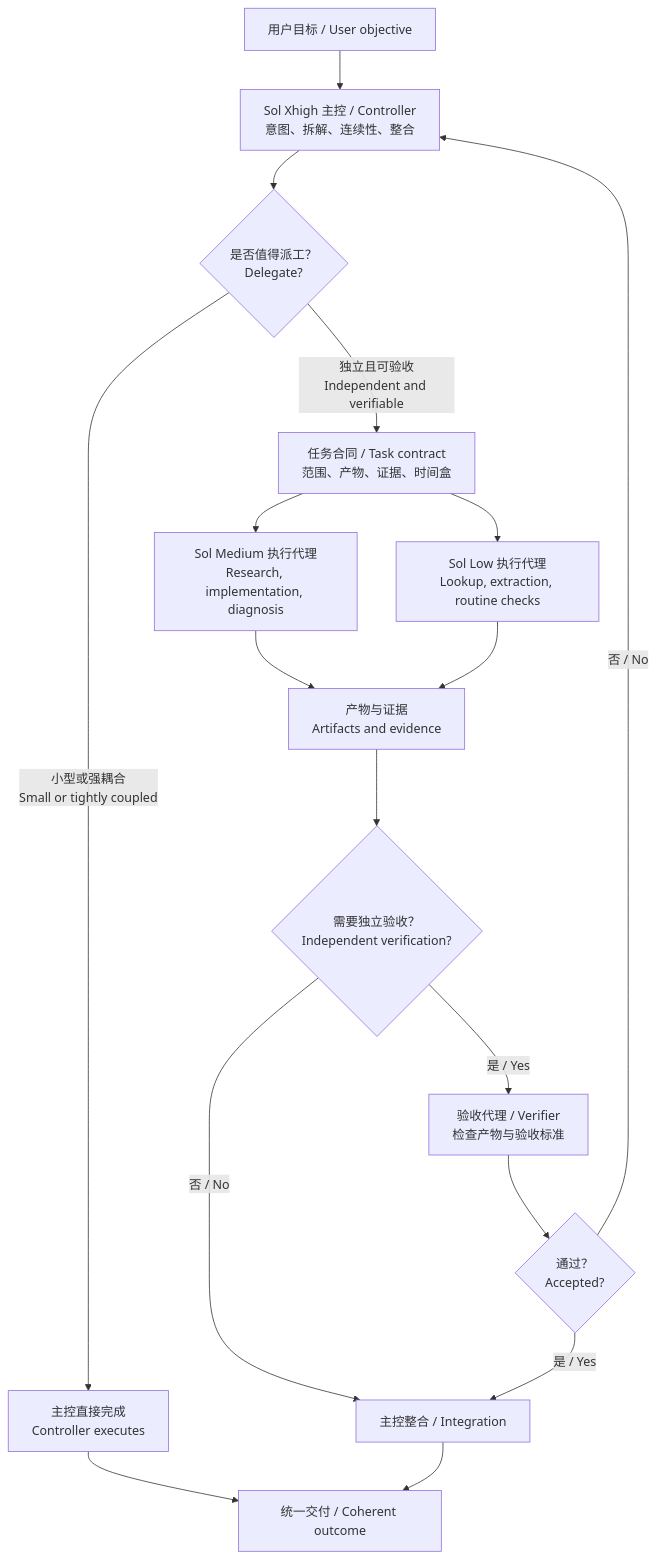
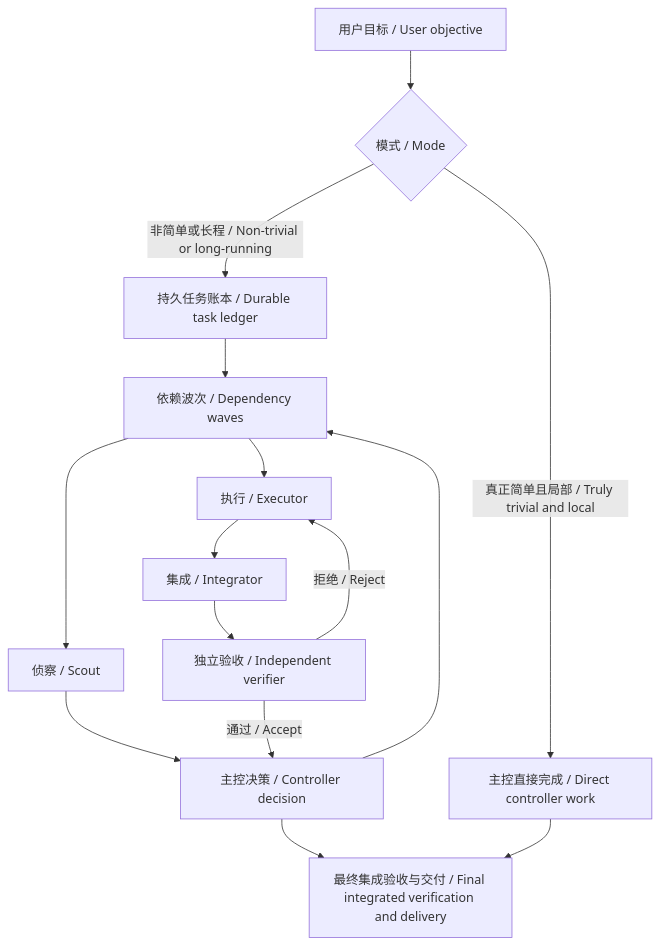
Before and after one commit to Linsongrong/orchestrate-work: the diagram in README.md, drawn with Mermaid. The commit also changed other lines of this file and 4 other files, not shown here.

````diff
--- a/README.md
+++ b/README.md
@@ -5,24 +5,17 @@
 ```mermaid
 flowchart TD
-    U["用户目标 / User objective"] --> C["Sol Xhigh 主控 / Controller<br/>意图、拆解、连续性、整合"]
-    C --> G{"是否值得派工？<br/>Delegate?"}
-
-    G -->|"小型或强耦合<br/>Small or tightly coupled"| D["主控直接完成<br/>Controller executes"]
-    G -->|"独立且可验收<br/>Independent and verifiable"| P["任务合同 / Task contract<br/>范围、产物、证据、时间盒"]
-
-    P --> M["Sol Medium 执行代理<br/>Research, implementation, diagnosis"]
-    P --> L["Sol Low 执行代理<br/>Lookup, extraction, routine checks"]
-
-    M --> E["产物与证据<br/>Artifacts and evidence"]
-    L --> E
-    E --> V{"需要独立验收？<br/>Independent verification?"}
-
-    V -->|"是 / Yes"| R["验收代理 / Verifier<br/>检查产物与验收标准"]
-    V -->|"否 / No"| I["主控整合 / Integration"]
-    R --> Q{"通过？<br/>Accepted?"}
-    Q -->|"否 / No"| C
-    Q -->|"是 / Yes"| I
-
-    D --> O["统一交付 / Coherent outcome"]
-    I --> O
+    U["用户目标 / User objective"] --> M{"模式 / Mode"}
+    M -->|"真正简单且局部 / Truly trivial and local"| D["主控直接完成 / Direct controller work"]
+    M -->|"非简单或长程 / Non-trivial or long-running"| L["持久任务账本 / Durable task ledger"]
+    L --> W["依赖波次 / Dependency waves"]
+    W --> S["侦察 / Scout"]
+    W --> E["执行 / Executor"]
+    E --> I["集成 / Integrator"]
+    S --> C["主控决策 / Controller decision"]
+    I --> V["独立验收 / Independent verifier"]
+    V -->|"拒绝 / Reject"| E
+    V -->|"通过 / Accept"| C
+    C --> W
+    C --> F["最终集成验收与交付 / Final integrated verification and delivery"]
+    D --> F
 ```
````
